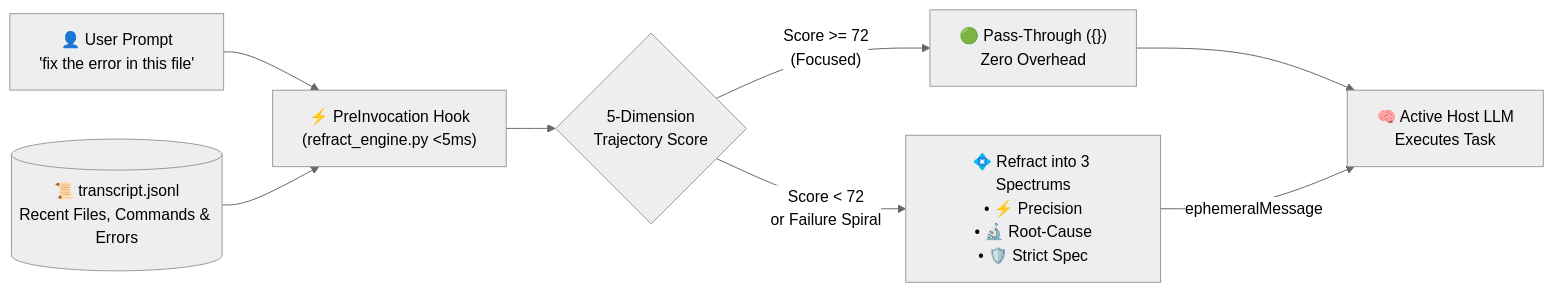
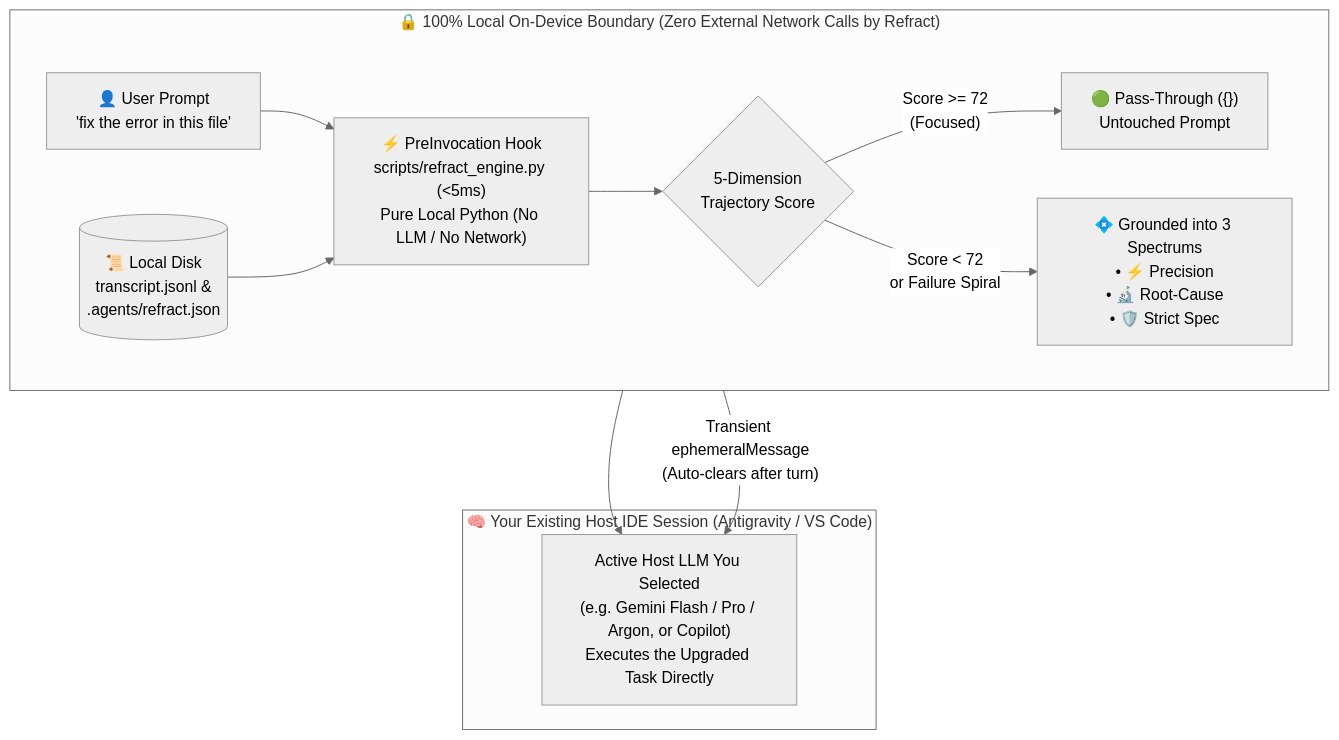
The diagram in README.md (damiththa/Refract), drawn with Mermaid (neutral theme) before and after one commit. The commit also changed other lines of this file, not shown here.

Commit message:
docs: add data privacy boundary diagram and LLM usage breakdown to README

````diff
--- a/README.md
+++ b/README.md
@@ -37,10 +39,18 @@
 ```mermaid
-flowchart LR
-    U["👤 User Prompt\n'fix the error in this file'"] --> H["⚡ PreInvocation Hook\n(refract_engine.py <5ms)"]
-    T[("📜 transcript.jsonl\nRecent Files, Commands & Errors")] --> H
-    H --> D{"5-Dimension\nTrajectory Score"}
-    D -->|"Score >= 72\n(Focused)"| P["🟢 Pass-Through ({})\nZero Overhead"]
-    D -->|"Score < 72\nor Failure Spiral"| R["💠 Refract into 3 Spectrums\n• ⚡ Precision\n• 🔬 Root-Cause\n• 🛡️ Strict Spec"]
-    P --> M["🧠 Active Host LLM\nExecutes Task"]
-    R -->|"ephemeralMessage"| M
+flowchart TB
+    subgraph LOCAL["🔒 100% Local On-Device Boundary (Zero External Network Calls by Refract)"]
+        direction LR
+        U["👤 User Prompt\n'fix the error in this file'"] --> H["⚡ PreInvocation Hook\nscripts/refract_engine.py (<5ms)\nPure Local Python (No LLM / No Network)"]
+        T[("📜 Local Disk\ntranscript.jsonl &\n.agents/refract.json")] --> H
+        H --> D{"5-Dimension\nTrajectory Score"}
+        D -->|"Score >= 72\n(Focused)"| P["🟢 Pass-Through ({})\nUntouched Prompt"]
+        D -->|"Score < 72\nor Failure Spiral"| R["💠 Grounded into 3 Spectrums\n• ⚡ Precision\n• 🔬 Root-Cause\n• 🛡️ Strict Spec"]
+    end
+
+    subgraph HOST["🧠 Your Existing Host IDE Session (Antigravity / VS Code)"]
+        M["Active Host LLM You Selected\n(e.g. Gemini Flash / Pro / Argon, or Copilot)\nExecutes the Upgraded Task Directly"]
+    end
+
+    P --> M
+    R -->|"Transient ephemeralMessage\n(Auto-clears after turn)"| M
 ```
````
